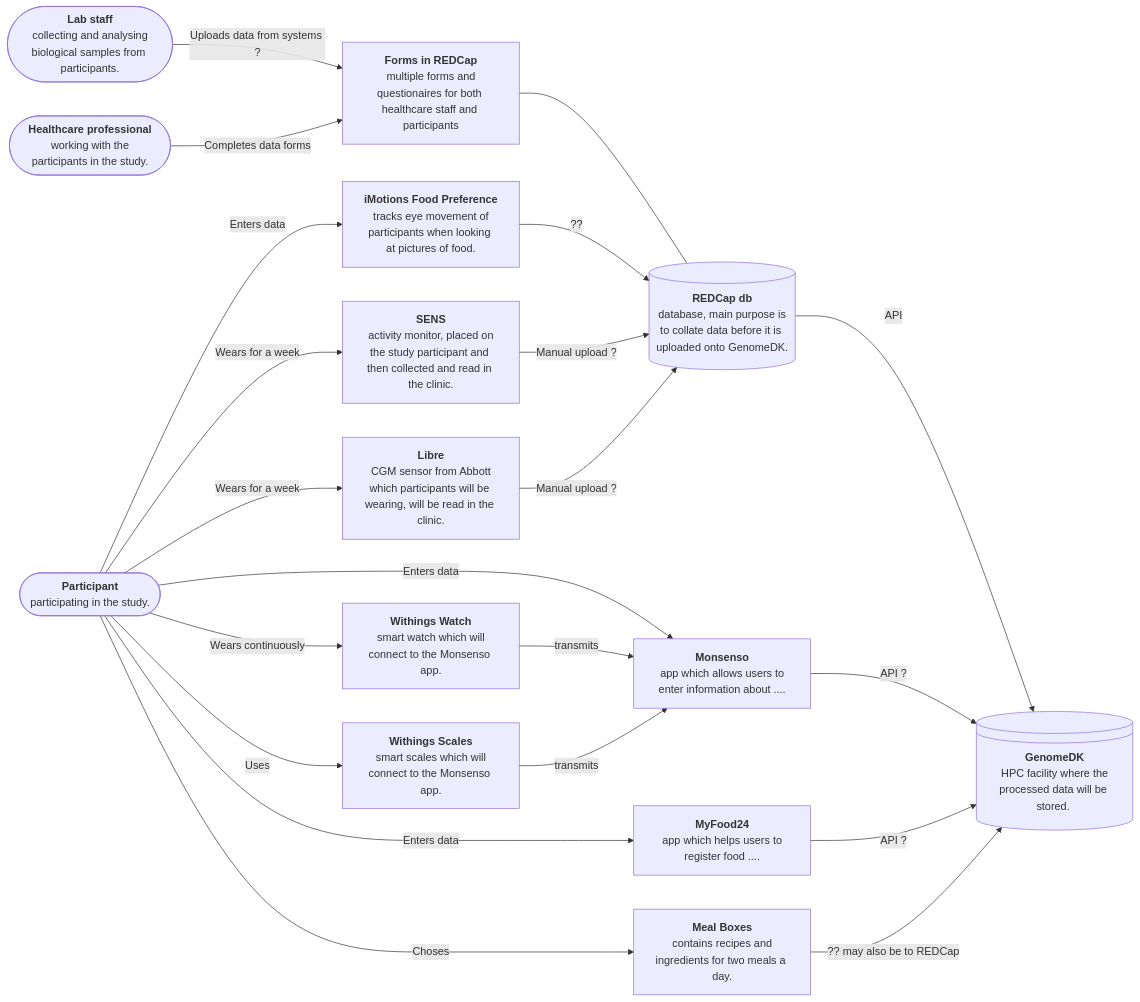
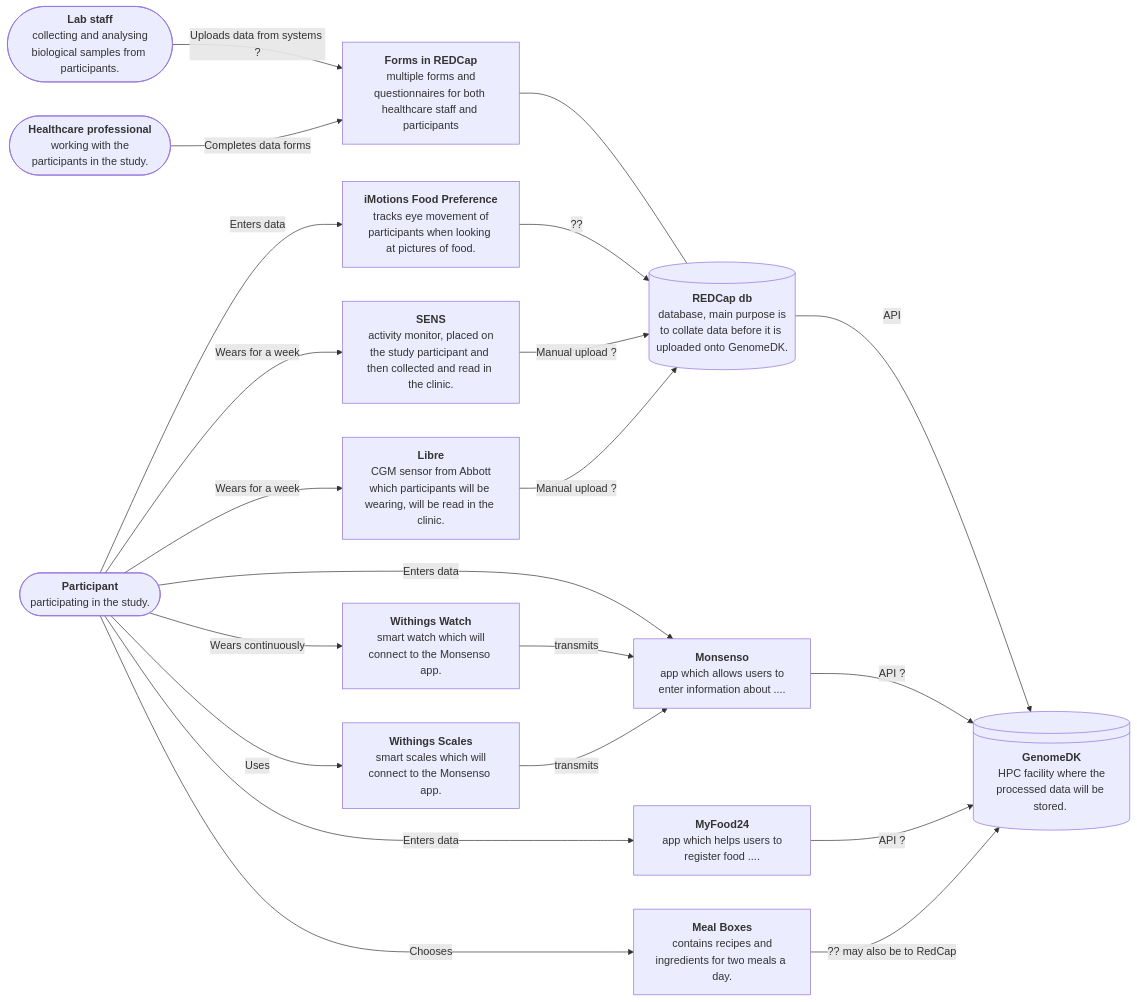
One commit to onlimit-study/dmp changed the diagram in documents/data-flow.qmd. Above: the diagram before and after it, drawn with Mermaid.

Commit message:
docs: sort out typos

````diff
--- a/documents/data-flow.qmd
+++ b/documents/data-flow.qmd
@@ -9,44 +9,44 @@
 ```{mermaid}
 flowchart LR
 
 Lab@{shape: stadium, label: "<b>Lab staff</b><br> collecting and analysing biological samples from participants."}
 HP@{shape: stadium, label: "<b>Healthcare professional</b><br> working with the participants in the study."}
 Pt@{shape: stadium, label: "<b>Participant</b><br> participating in the study."}
-REDC@{shape: cyl, label: "<b>REDCap db</b><br> database, main purpose is to collate data before it is uploaded onto GenomeDK."}
+Red@{shape: cyl, label: "<b>REDCap db</b><br> database, main purpose is to collate data before it is uploaded onto GenomeDK."}
 Genome@{shape: lin-cyl, label: "<b>GenomeDK</b><br> HPC facility where the processed data will be stored. "}
 
-Frms@{shape: proc, label: "<b>Forms in REDCap</b><br> multiple forms and questionaires for both healthcare staff and participants"}
+Forms@{shape: proc, label: "<b>Forms in REDCap</b><br> multiple forms and questionnaires for both healthcare staff and participants"}
 Mons@{shape: proc, label: "<b>Monsenso</b><br> app which allows users to enter information about ...."}
 MyF@{shape: proc, label: "<b>MyFood24</b><br> app which helps users to register food ...."}
 iMo@{shape: proc, label: "<b>iMotions Food Preference</b><br> tracks eye movement of participants when looking at pictures of food."}
 Sen@{shape: proc, label: "<b>SENS</b><br> activity monitor, placed on the study participant and then collected and read in the clinic."}
 Lib@{shape: proc, label: "<b>Libre</b><br> CGM sensor from Abbott which participants will be wearing, will be read in the clinic."}
 Watch@{shape: proc, label: "<b>Withings Watch</b><br> smart watch which will connect to the Monsenso app."}
 Scales@{shape: proc, label: "<b>Withings Scales</b><br> smart scales which will connect to the Monsenso app."}
 MBox@{shape: proc, label: "<b>Meal Boxes</b><br> contains recipes and ingredients for two meals a day."}
 
 %%ID@{shape: proc, label: "<b>NAME</b><br> description ...."}
 
-Lab -->|Uploads data from systems ?| Frms
-HP --> |Completes data forms| Frms
-Frms --- REDC
-REDC -->|API| Genome
+Lab -->|Uploads data from systems ?| Forms
+HP --> |Completes data forms| Forms
+Forms --- Red
+Red -->|API| Genome
 
 Pt -->|Enters data| Mons
 Pt -->|Enters data| MyF
 Pt -->|Enters data| iMo
 Pt -->|Wears for a week| Sen
 Pt -->|Wears for a week| Lib
 Pt -->|Wears continuously| Watch
 Pt --> |Uses| Scales
-Pt --> |Choses| MBox
+Pt --> |Chooses| MBox
 
-iMo --> |??| REDC
-Sen -->|Manual upload ?| REDC
-Lib -->|Manual upload ?| REDC
+iMo --> |??| Red
+Sen -->|Manual upload ?| Red
+Lib -->|Manual upload ?| Red
 Watch -->|transmits| Mons
 Scales -->|transmits| Mons
 Mons --> |API ?| Genome
 MyF --> |API ?| Genome
-MBox --> |?? may also be to REDCap| Genome
+MBox --> |?? may also be to RedCap| Genome
 ```
````
